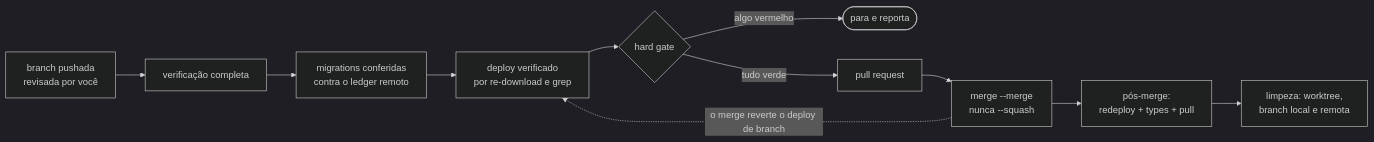
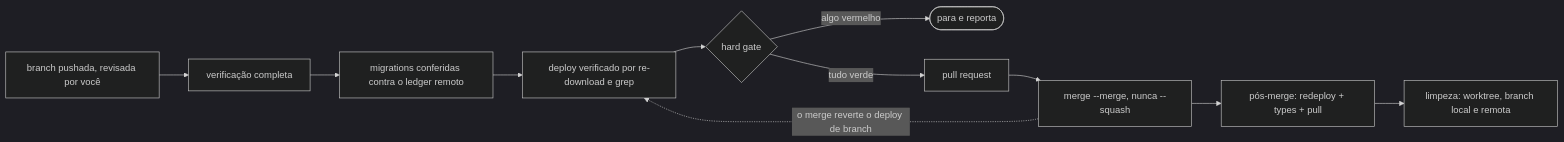
The eighth of 9 diagrams in docs/cadeia-session.md (will-pagane/claude-setup), drawn with Mermaid (dark theme) before and after one commit. The commit also changed other lines of this file, not shown here.

First line of the commit message:
fix(docs): drop <br/> from mermaid labels, GitHub strips it

````diff
--- a/docs/cadeia-session.md
+++ b/docs/cadeia-session.md
@@ -217,15 +217,15 @@
 ```mermaid
 flowchart LR
-    b[branch pushada<br/>revisada por você] --> v[verificação completa]
-    v --> m[migrations conferidas<br/>contra o ledger remoto]
-    m --> d[deploy verificado<br/>por re-download e grep]
+    b["branch pushada, revisada por você"] --> v[verificação completa]
+    v --> m["migrations conferidas contra o ledger remoto"]
+    m --> d["deploy verificado por re-download e grep"]
     d --> g{hard gate}
 
     g -- "algo vermelho" --> stop([para e reporta])
-    g -- "tudo verde" --> pr[pull request] --> mg["merge --merge<br/>nunca --squash"]
+    g -- "tudo verde" --> pr[pull request] --> mg["merge --merge, nunca --squash"]
 
-    mg --> pos[pós-merge:<br/>redeploy + types + pull]
-    pos --> lim[limpeza: worktree,<br/>branch local e remota]
+    mg --> pos["pós-merge: redeploy + types + pull"]
+    pos --> lim["limpeza: worktree, branch local e remota"]
 
     mg -. "o merge reverte o deploy de branch" .-> d
 ```
````
